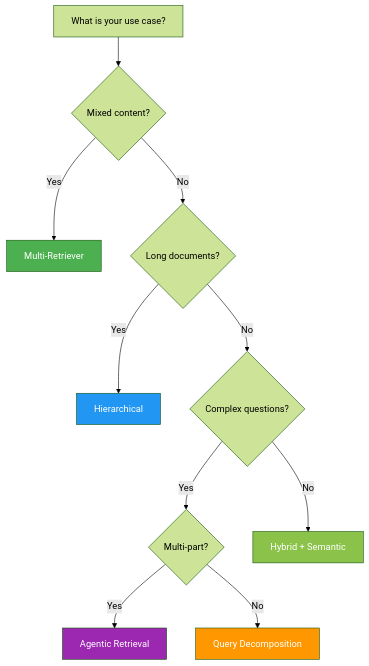
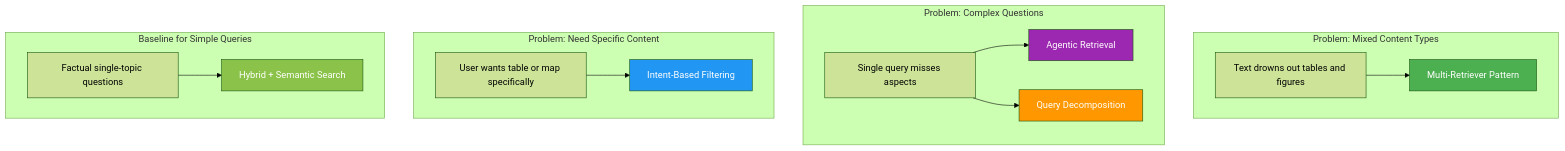
One commit to roie9876/RAG-WorkShop changed diagram 16 of 22 in modules/module-5-search/README.md. Above: the diagram before and after it, drawn with Mermaid (forest theme). The commit also changed other lines of this file, not shown here.

````diff
--- a/modules/module-5-search/README.md
+++ b/modules/module-5-search/README.md
@@ -364,21 +571,29 @@
 ```mermaid
 flowchart TB
-    START[What is your use case?] --> Q1{Mixed content?}
-    Q1 -->|Yes| MULTI[Multi-Retriever]
-    Q1 -->|No| Q2{Long documents?}
+    subgraph Problem1[Problem: Mixed Content Types]
+        P1[Text drowns out tables and figures]
+        P1 --> S1[Multi-Retriever Pattern]
+    end
     
-    Q2 -->|Yes| HIER[Hierarchical]
-    Q2 -->|No| Q3{Complex questions?}
+    subgraph Problem2[Problem: Complex Questions]
+        P2[Single query misses aspects]
+        P2 --> S2[Agentic Retrieval]
+        P2 --> S2b[Query Decomposition]
+    end
     
-    Q3 -->|Yes| Q4{Multi-part?}
-    Q4 -->|Yes| AGENT[Agentic Retrieval]
-    Q4 -->|No| DECOMP[Query Decomposition]
+    subgraph Problem3[Problem: Need Specific Content]
+        P3[User wants table or map specifically]
+        P3 --> S3[Intent-Based Filtering]
+    end
     
-    Q3 -->|No| HYB[Hybrid + Semantic]
+    subgraph Baseline[Baseline for Simple Queries]
+        B1[Factual single-topic questions]
+        B1 --> BS[Hybrid + Semantic Search]
+    end
     
-    style MULTI fill:#4caf50,color:#fff
-    style HIER fill:#2196f3,color:#fff
-    style AGENT fill:#9c27b0,color:#fff
-    style DECOMP fill:#ff9800,color:#fff
-    style HYB fill:#8bc34a,color:#fff
+    style S1 fill:#4caf50,color:#fff
+    style S2 fill:#9c27b0,color:#fff
+    style S2b fill:#ff9800,color:#fff
+    style S3 fill:#2196f3,color:#fff
+    style BS fill:#8bc34a,color:#fff
 ```
````
